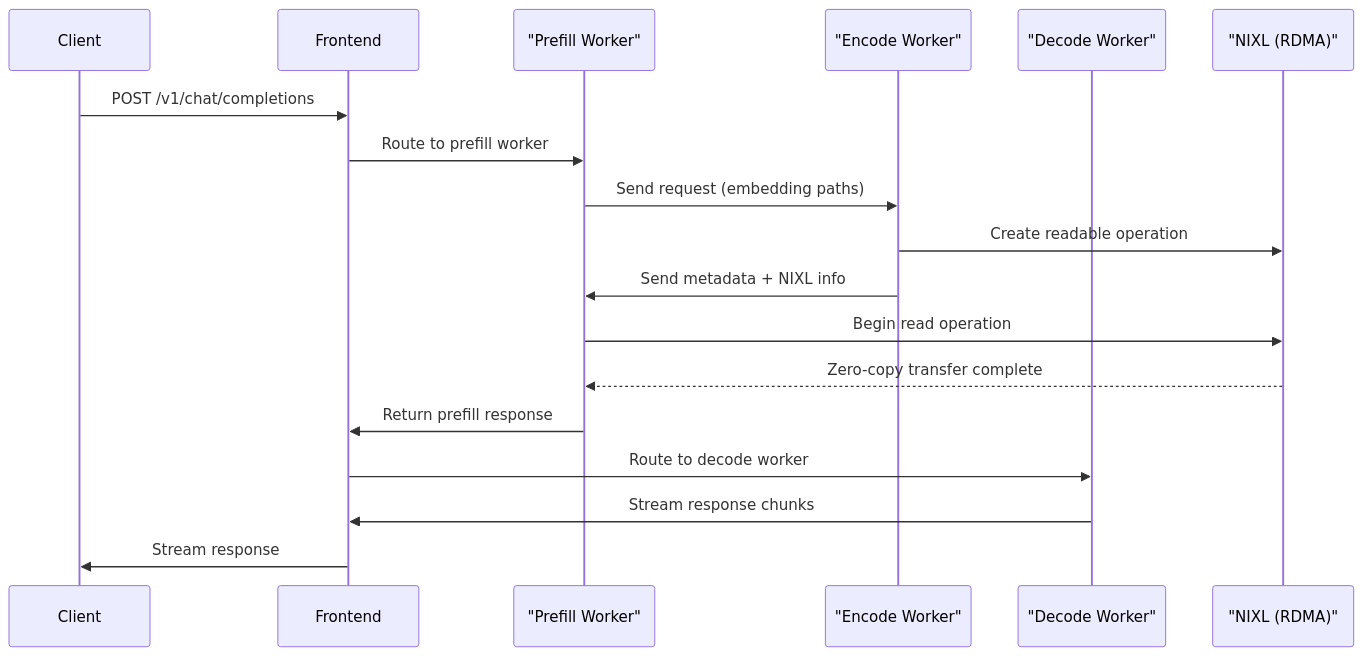
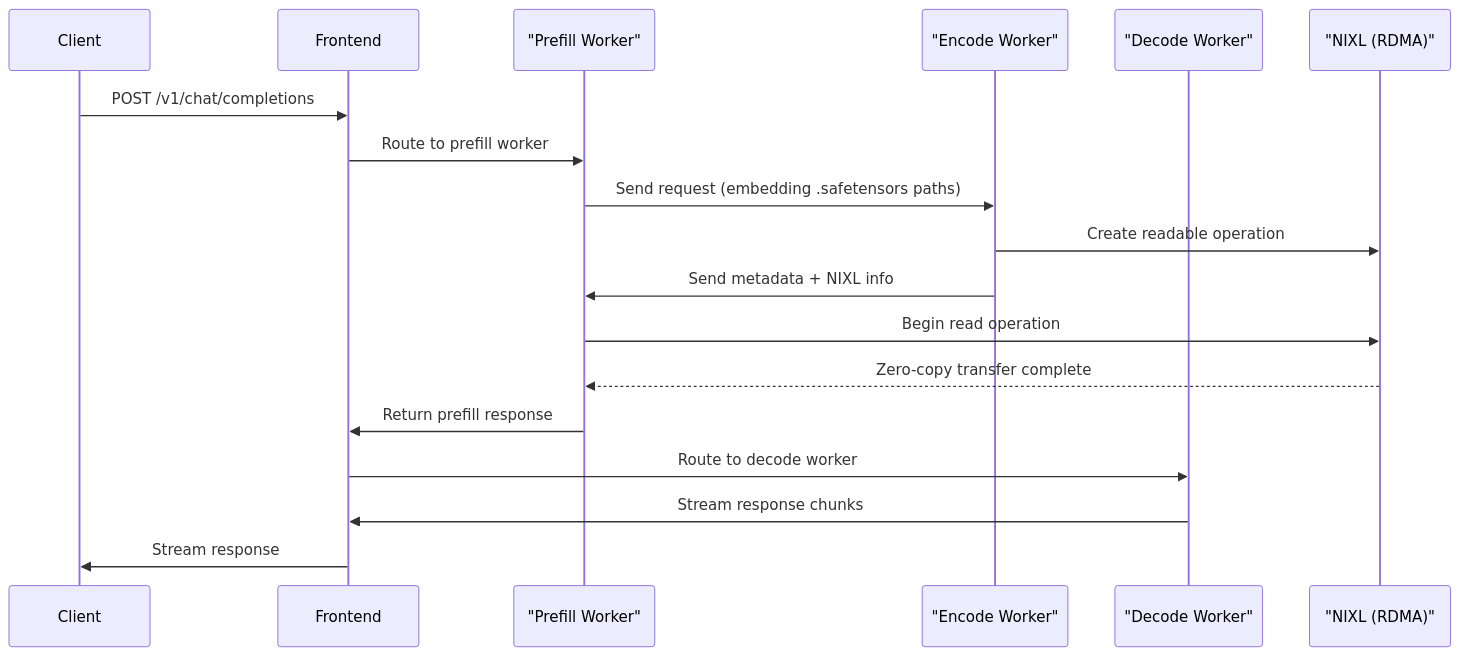
One commit to ai-dynamo/dynamo changed the second of 3 diagrams in fern/pages-dev/features/multimodal/multimodal-trtllm.md. Above: the diagram before and after it, drawn with Mermaid. The commit also changed other lines of this file, not shown here.

````diff
--- a/fern/pages-dev/features/multimodal/multimodal-trtllm.md
+++ b/fern/pages-dev/features/multimodal/multimodal-trtllm.md
@@ -308,21 +292,21 @@
 ```mermaid
 sequenceDiagram
     participant Client
     participant Frontend
     participant PrefillWorker as "Prefill Worker"
     participant EncodeWorker as "Encode Worker"
     participant DecodeWorker as "Decode Worker"
     participant NIXL as "NIXL (RDMA)"
 
     Client->>Frontend: POST /v1/chat/completions
     Frontend->>PrefillWorker: Route to prefill worker
-    PrefillWorker->>EncodeWorker: Send request (embedding paths)
+    PrefillWorker->>EncodeWorker: Send request (embedding .safetensors paths)
     EncodeWorker->>NIXL: Create readable operation
     EncodeWorker->>PrefillWorker: Send metadata + NIXL info
     PrefillWorker->>NIXL: Begin read operation
     NIXL-->>PrefillWorker: Zero-copy transfer complete
     PrefillWorker->>Frontend: Return prefill response
     Frontend->>DecodeWorker: Route to decode worker
     DecodeWorker->>Frontend: Stream response chunks
     Frontend->>Client: Stream response
 ```
````
